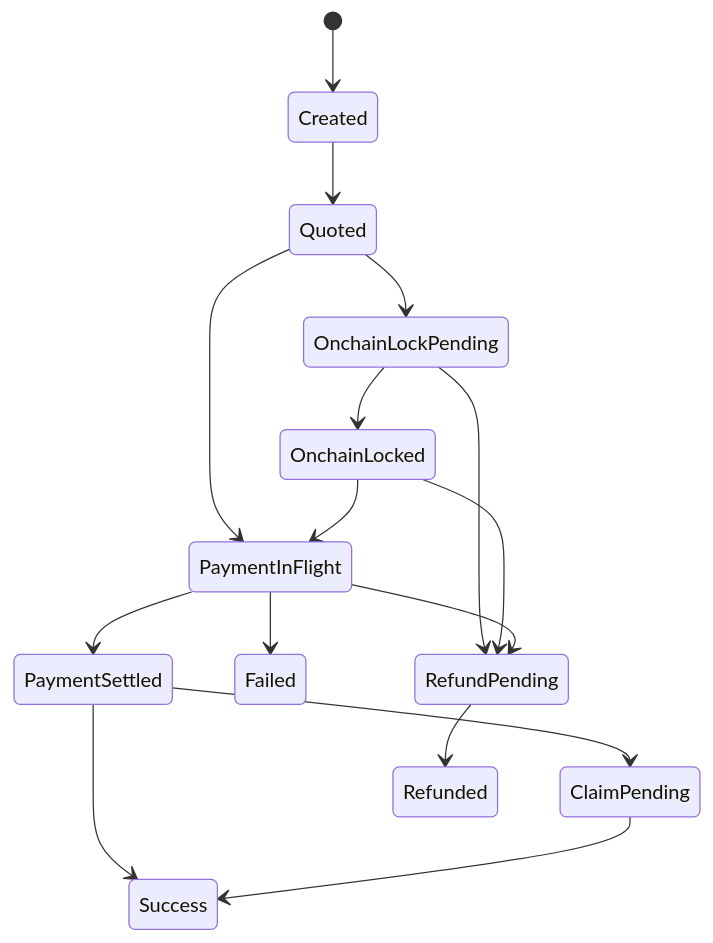
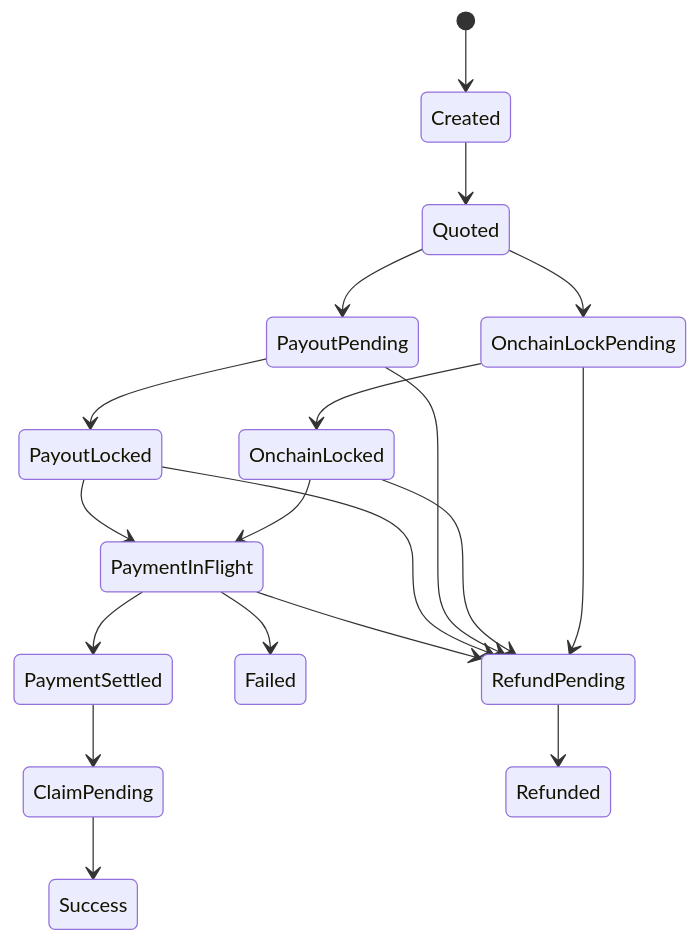
One commit to nervosnetwork/fiber changed the third of 3 diagrams in docs/specs/liquidity-management.md. Above: the diagram before and after it, drawn with Mermaid. The commit also changed other lines of this file and 2 other files, not shown here.

````diff
--- a/docs/specs/liquidity-management.md
+++ b/docs/specs/liquidity-management.md
@@ -210,18 +268,21 @@
 ```mermaid
 stateDiagram-v2
     [*] --> Created
     Created --> Quoted
     Quoted --> OnchainLockPending
-    Quoted --> PaymentInFlight
+    Quoted --> PayoutPending
     OnchainLockPending --> OnchainLocked
     OnchainLocked --> PaymentInFlight
+    PayoutPending --> PayoutLocked
+    PayoutLocked --> PaymentInFlight
     PaymentInFlight --> PaymentSettled
     PaymentInFlight --> Failed
     PaymentSettled --> ClaimPending
-    PaymentSettled --> Success
     ClaimPending --> Success
     OnchainLockPending --> RefundPending
     OnchainLocked --> RefundPending
+    PayoutPending --> RefundPending
+    PayoutLocked --> RefundPending
     PaymentInFlight --> RefundPending
     RefundPending --> Refunded
 ```
````
